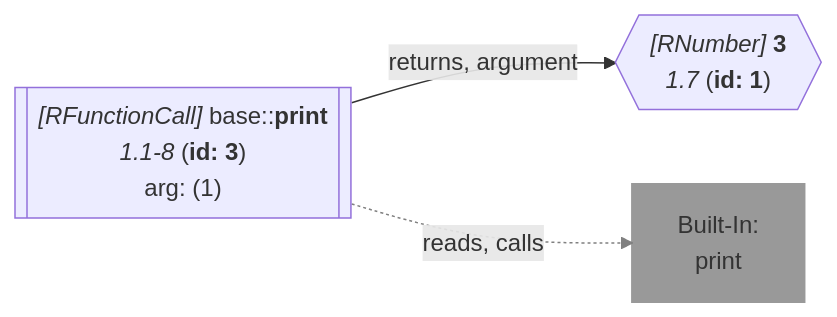
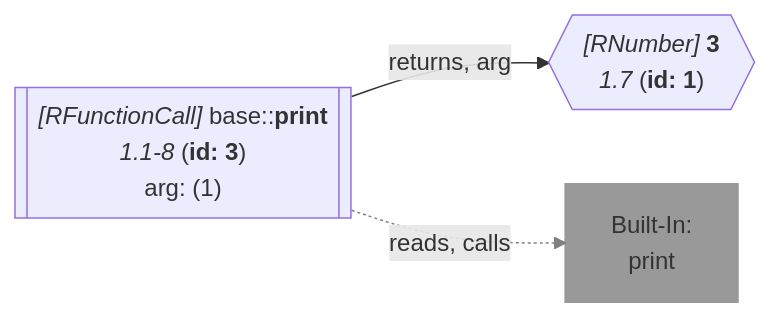
Before and after one commit to flowr-analysis/flowr: diagram 16 of 23 in wiki/Control Flow Graph.md, drawn with Mermaid. The commit also changed other lines of this file and 135 other files, not shown here.

````diff
--- a/wiki/Control Flow Graph.md
+++ b/wiki/Control Flow Graph.md
@@ -1037,15 +1037,15 @@
 ```mermaid
 flowchart LR
     1{{"`*#91;RNumber#93;* **3**
       *1.7* (**id: 1**)`"}}
    %% No edges found for 1
     3[["`*#91;RFunctionCall#93;* base#58;#58;**print**
       *1.1-8* (**id: 3**)
     arg: (1)`"]]
     built-in:print["`Built-In:
 print`"]
     style built-in:print stroke:gray,fill:gray,stroke-width:2px,opacity:.8;
-    3 -->|"returns, argument"| 1
+    3 -->|"returns, arg"| 1
     3 -.->|"reads, calls"| built-in:print
     linkStyle 1 stroke:gray;
 ```
````
